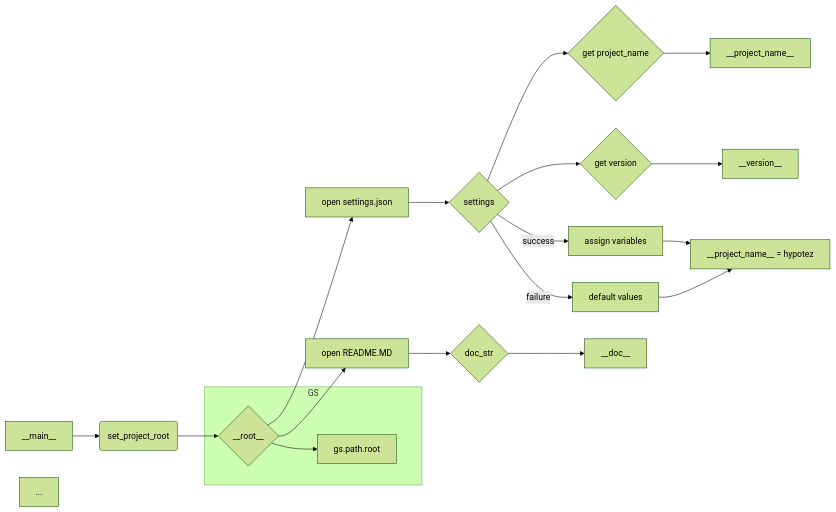
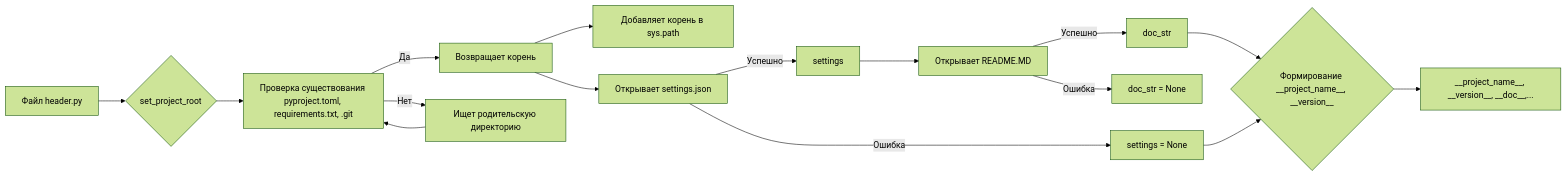
One commit to hypo69/hypo changed the diagram in docs/gemini/ru/explainer/src/suppliers/wallashop/header.md. Above: the diagram before and after it, drawn with Mermaid (forest theme). The commit also changed other lines of this file and 468 other files, not shown here.

````diff
--- a/docs/gemini/ru/explainer/src/suppliers/wallashop/header.md
+++ b/docs/gemini/ru/explainer/src/suppliers/wallashop/header.md
@@ -99,26 +113,18 @@
 ```mermaid
 graph LR
-    A[__main__]-->B(set_project_root);
-    B --> C{__root__};
-    C --> D[open settings.json];
-    D --> E{settings};
-    C --> F[open README.MD];
-    F --> G{doc_str};
-    E --> H{get project_name};
-    E --> I{get version};
-    ...
-    H --> J[__project_name__];
-    I --> K[__version__];
-    ...
-    G --> L[__doc__];
-    ...
-    E -- success --> M[assign variables];
-    E -- failure --> N[default values];
-    M --> O[__project_name__ = ...];
-    N --> O[__project_name__ = hypotez];
-    subgraph GS
-        C --> P[gs.path.root];
-    end
-    
-    
+    A[Файл header.py] --> B{set_project_root};
+    B --> C[Проверка существования pyproject.toml, requirements.txt, .git];
+    C -- Да --> D[Возвращает корень];
+    C -- Нет --> E[Ищет родительскую директорию];
+    D --> F[Добавляет корень в sys.path];
+    E --> C;
+    D --> G[Открывает settings.json];
+    G --Успешно --> H[settings];
+    G --Ошибка --> I[settings = None];
+    H --> J[Открывает README.MD];
+    J --Успешно --> K[doc_str];
+    J --Ошибка --> L[doc_str = None];
+    K --> M{Формирование __project_name__, __version__};
+    I --> M;
+    M --> N[__project_name__, __version__, __doc__,...];
 ```
````
